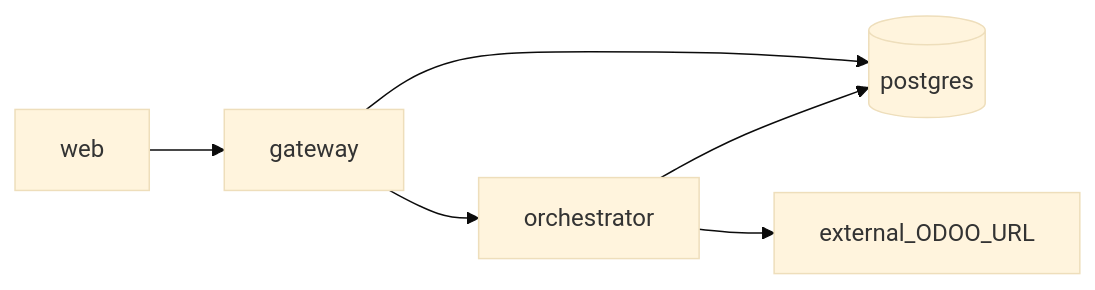
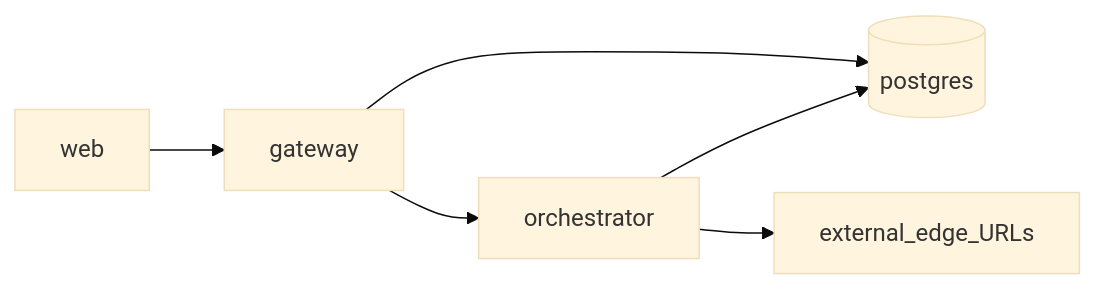
The diagram in docs/System_Design/Subsystem/SAC-009/TSD.md (llanesleonardo/controlPanelErpOdoo), drawn with Mermaid (base theme) before and after one commit. The commit also changed other lines of this file and 431 other files, not shown here.

````diff
--- a/docs/System_Design/Subsystem/SAC-009/TSD.md
+++ b/docs/System_Design/Subsystem/SAC-009/TSD.md
@@ -39,13 +39,13 @@
 ```mermaid
 flowchart LR
   Web[web]
   Gw[gateway]
   Orch[orchestrator]
   PG[(postgres)]
-  Odoo[external_ODOO_URL]
+  Edges[external_edge_URLs]
   Web --> Gw
   Gw --> Orch
   Gw --> PG
   Orch --> PG
-  Orch --> Odoo
+  Orch --> Edges
 ```
````
